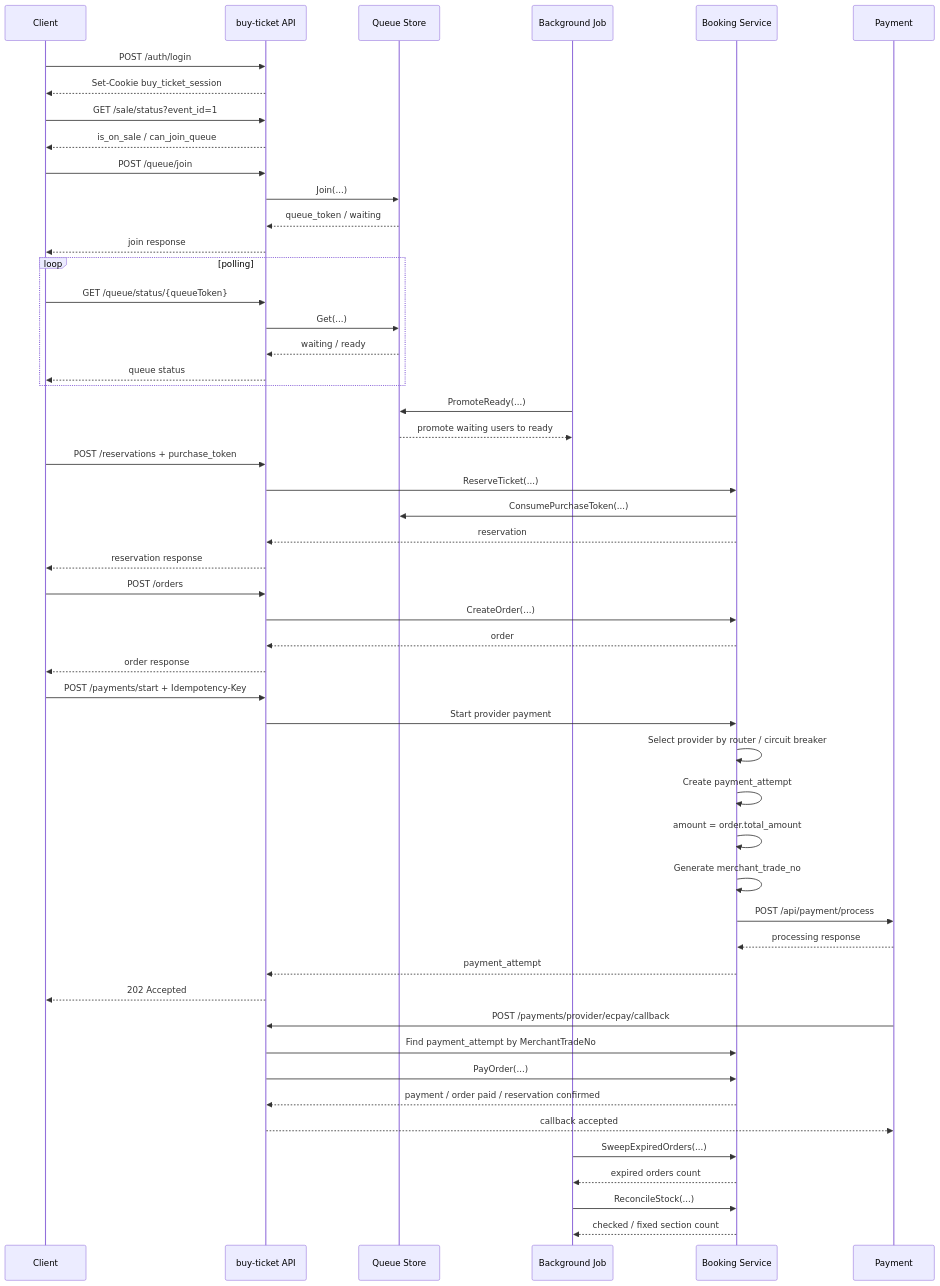
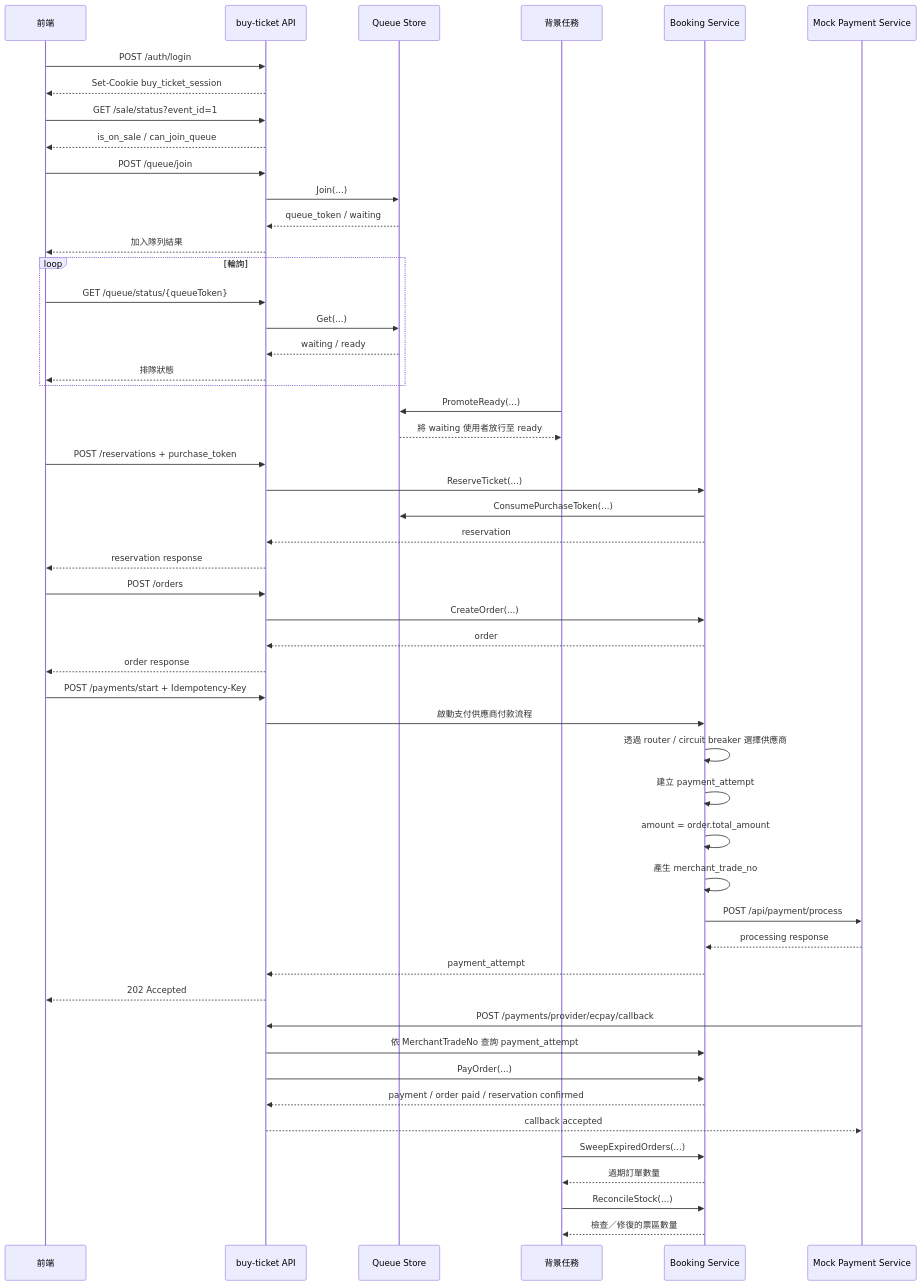
One commit to austin72905/buy-ticket changed the second of 2 diagrams in doc/api-flow.md. Above: the diagram before and after it, drawn with Mermaid. The commit also changed other lines of this file and 2 other files, not shown here.

````diff
--- a/doc/api-flow.md
+++ b/doc/api-flow.md
@@ -72,63 +72,64 @@
 ```mermaid
 sequenceDiagram
-    participant Client as Client
+    participant Client as 前端
     participant API as buy-ticket API
     participant Queue as Queue Store
-    participant Job as Background Job
+    participant Job as 背景任務
     participant Booking as Booking Service
+    participant Payment as Mock Payment Service
 
     Client->>API: POST /auth/login
     API-->>Client: Set-Cookie buy_ticket_session
 
     Client->>API: GET /sale/status?event_id=1
     API-->>Client: is_on_sale / can_join_queue
 
     Client->>API: POST /queue/join
     API->>Queue: Join(...)
     Queue-->>API: queue_token / waiting
-    API-->>Client: join response
+    API-->>Client: 加入隊列結果
 
-    loop polling
+    loop 輪詢
         Client->>API: GET /queue/status/{queueToken}
         API->>Queue: Get(...)
         Queue-->>API: waiting / ready
-        API-->>Client: queue status
+        API-->>Client: 排隊狀態
     end
 
     Job->>Queue: PromoteReady(...)
-    Queue-->>Job: promote waiting users to ready
+    Queue-->>Job: 將 waiting 使用者放行至 ready
 
     Client->>API: POST /reservations + purchase_token
     API->>Booking: ReserveTicket(...)
     Booking->>Queue: ConsumePurchaseToken(...)
     Booking-->>API: reservation
     API-->>Client: reservation response
 
     Client->>API: POST /orders
     API->>Booking: CreateOrder(...)
     Booking-->>API: order
     API-->>Client: order response
 
     Client->>API: POST /payments/start + Idempotency-Key
-    API->>Booking: Start provider payment
-    Booking->>Booking: Select provider by router / circuit breaker
-    Booking->>Booking: Create payment_attempt
+    API->>Booking: 啟動支付供應商付款流程
+    Booking->>Booking: 透過 router / circuit breaker 選擇供應商
+    Booking->>Booking: 建立 payment_attempt
     Booking->>Booking: amount = order.total_amount
-    Booking->>Booking: Generate merchant_trade_no
+    Booking->>Booking: 產生 merchant_trade_no
     Booking->>Payment: POST /api/payment/process
     Payment-->>Booking: processing response
     Booking-->>API: payment_attempt
     API-->>Client: 202 Accepted
 
     Payment->>API: POST /payments/provider/ecpay/callback
-    API->>Booking: Find payment_attempt by MerchantTradeNo
+    API->>Booking: 依 MerchantTradeNo 查詢 payment_attempt
     API->>Booking: PayOrder(...)
     Booking-->>API: payment / order paid / reservation confirmed
     API-->>Payment: callback accepted
 
     Job->>Booking: SweepExpiredOrders(...)
-    Booking-->>Job: expired orders count
+    Booking-->>Job: 過期訂單數量
 
     Job->>Booking: ReconcileStock(...)
-    Booking-->>Job: checked / fixed section count
+    Booking-->>Job: 檢查／修復的票區數量
 ```
````
